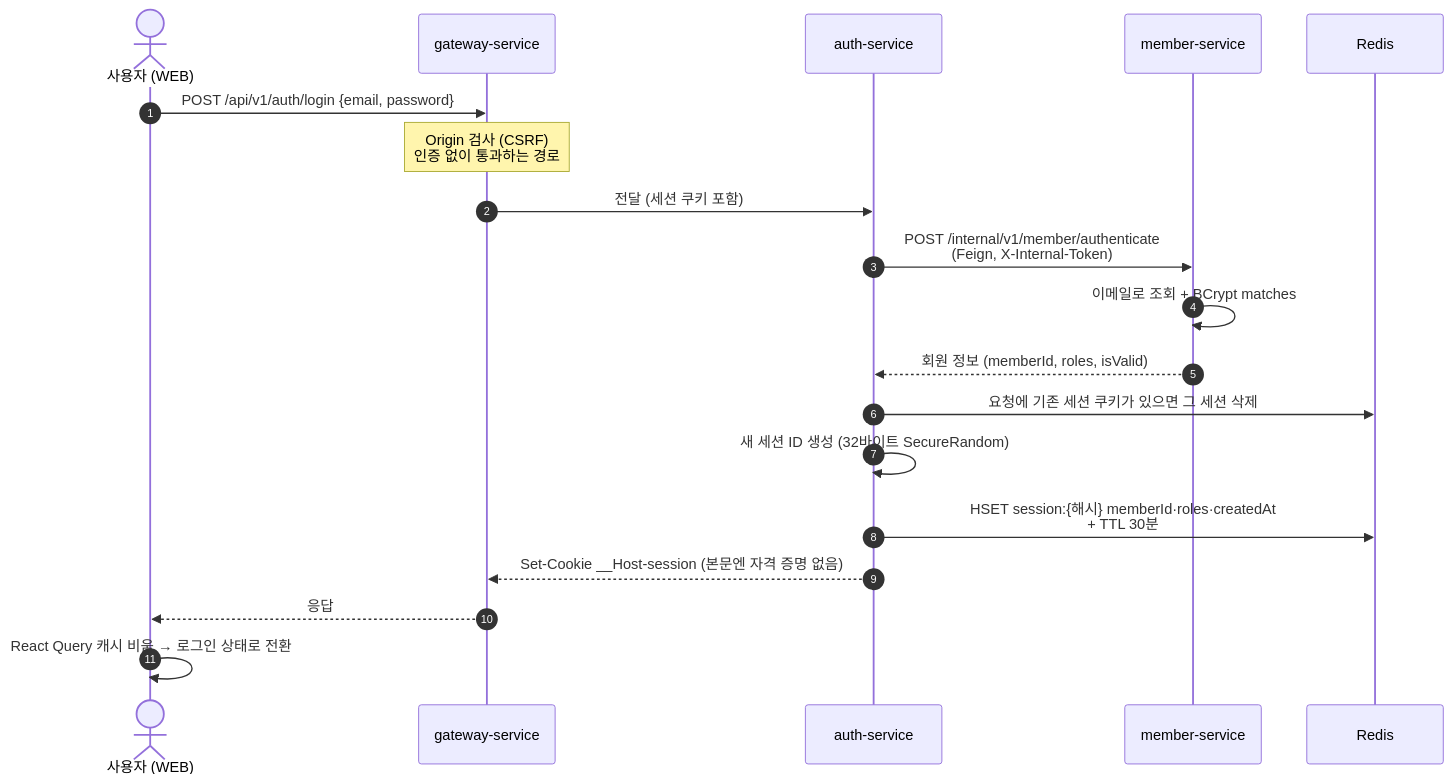
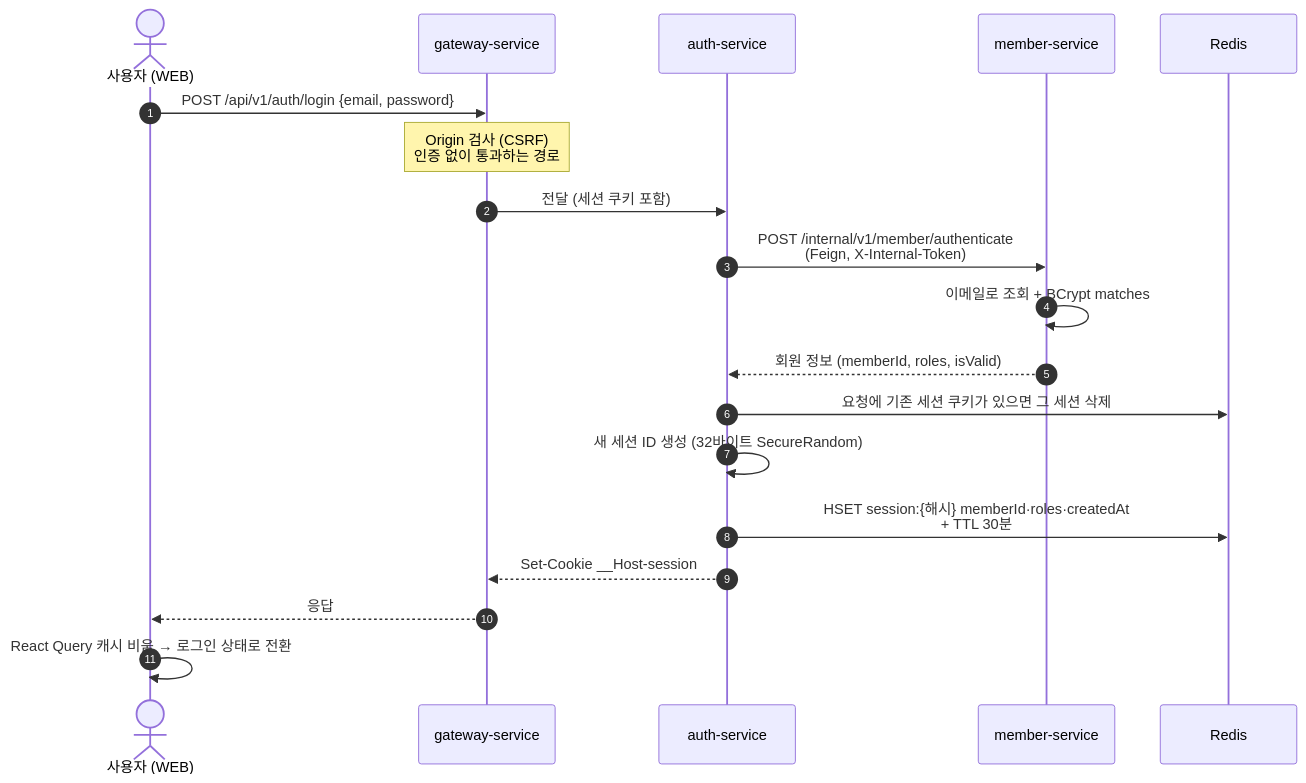
The first of 2 diagrams in .docs/spec/004-auth-spec.md (rivertw777/ModuDrive-API), drawn with Mermaid before and after one commit. The commit also changed other lines of this file, not shown here.

````diff
--- a/.docs/spec/004-auth-spec.md
+++ b/.docs/spec/004-auth-spec.md
@@ -91,22 +93,22 @@
 ```mermaid
 sequenceDiagram
     autonumber
     actor U as 사용자 (WEB)
     participant G as gateway-service
     participant A as auth-service
     participant M as member-service
     participant R as Redis
 
     U->>G: POST /api/v1/auth/login {email, password}
     Note over G: Origin 검사 (CSRF)<br/>인증 없이 통과하는 경로
     G->>A: 전달 (세션 쿠키 포함)
     A->>M: POST /internal/v1/member/authenticate<br/>(Feign, X-Internal-Token)
     M->>M: 이메일로 조회 + BCrypt matches
     M-->>A: 회원 정보 (memberId, roles, isValid)
     A->>R: 요청에 기존 세션 쿠키가 있으면 그 세션 삭제
     A->>A: 새 세션 ID 생성 (32바이트 SecureRandom)
     A->>R: HSET session:{해시} memberId·roles·createdAt<br/>+ TTL 30분
-    A-->>G: Set-Cookie __Host-session (본문엔 자격 증명 없음)
+    A-->>G: Set-Cookie __Host-session
     G-->>U: 응답
     U->>U: React Query 캐시 비움 → 로그인 상태로 전환
 ```
````
